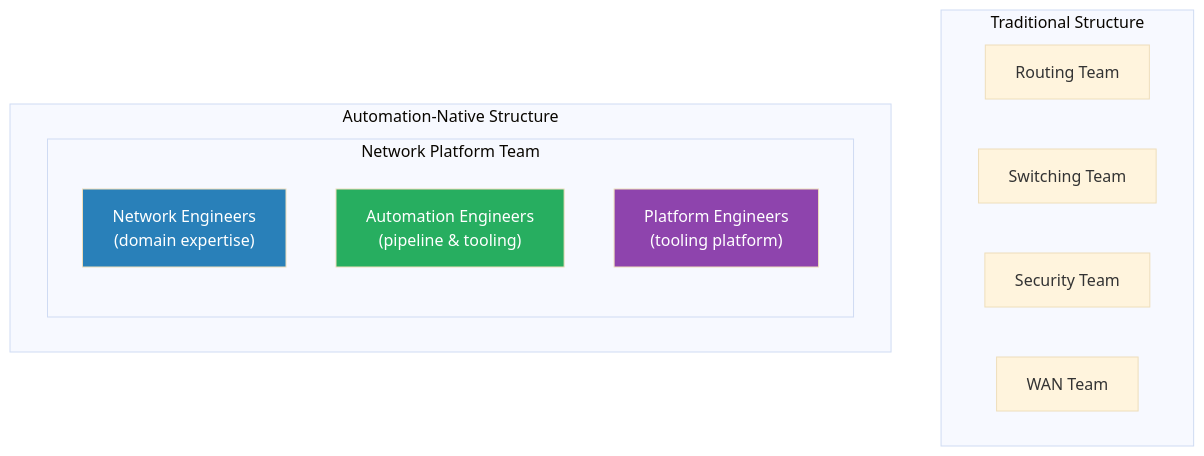
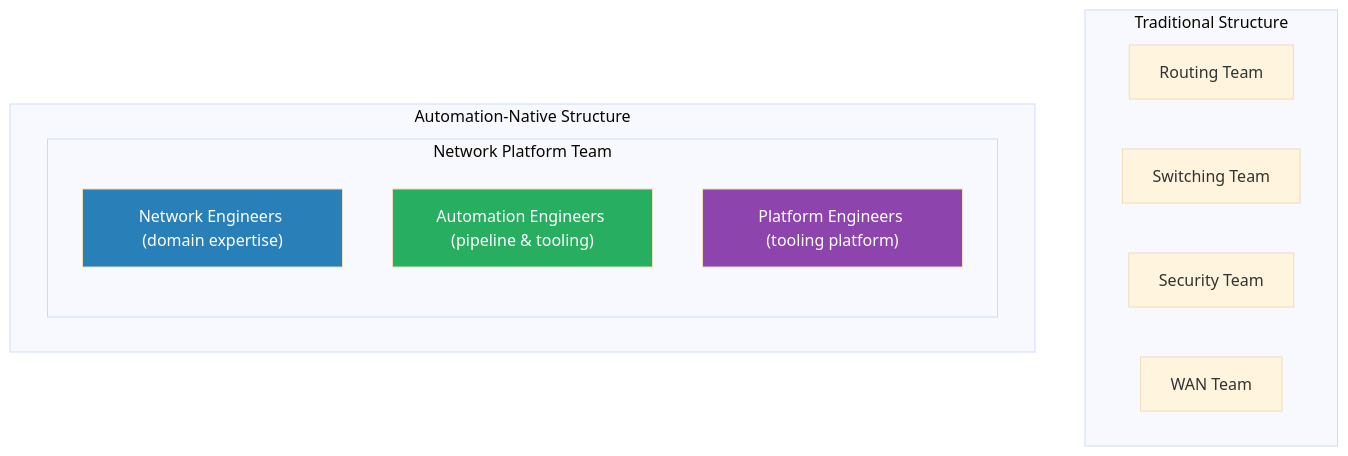
The diagram in 10-people-and-skills/chapter.md (ppklau/network_automation_handbook), drawn with Mermaid (base theme) before and after one commit. The commit also changed 12 other files, not shown here.

Commit message:
Adjusted mermaid diagrams.

````diff
--- a/10-people-and-skills/chapter.md
+++ b/10-people-and-skills/chapter.md
@@ -152,21 +152,21 @@
 ```mermaid
 graph TD
     subgraph "Traditional Structure"
         RT["Routing Team"]
         SW["Switching Team"]
         SEC["Security Team"]
         WAN["WAN Team"]
     end
 
     subgraph "Automation-Native Structure"
         subgraph "Network Platform Team"
-            NE["Network Engineers<br>(domain expertise)"]
-            AE["Automation Engineers<br>(pipeline & tooling)"]
-            PE["Platform Engineers<br>(tooling platform)"]
+            NE["Network Engineers (domain expertise)"]
+            AE["Automation Engineers (pipeline & tooling)"]
+            PE["Platform Engineers (tooling platform)"]
         end
     end
 
     style NE fill:#2980b9,color:#fff
     style AE fill:#27ae60,color:#fff
     style PE fill:#8e44ad,color:#fff
 ```
````
